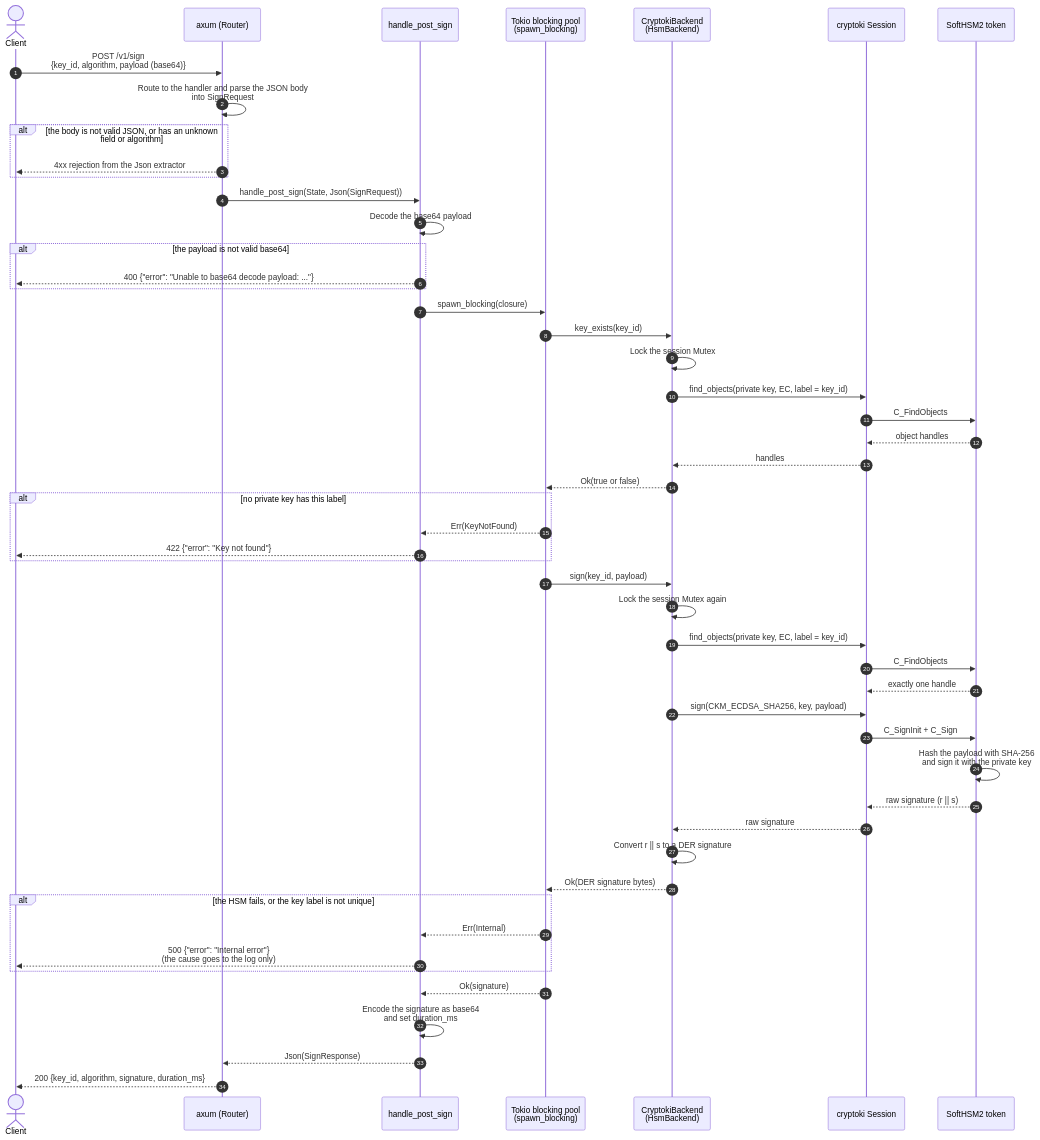
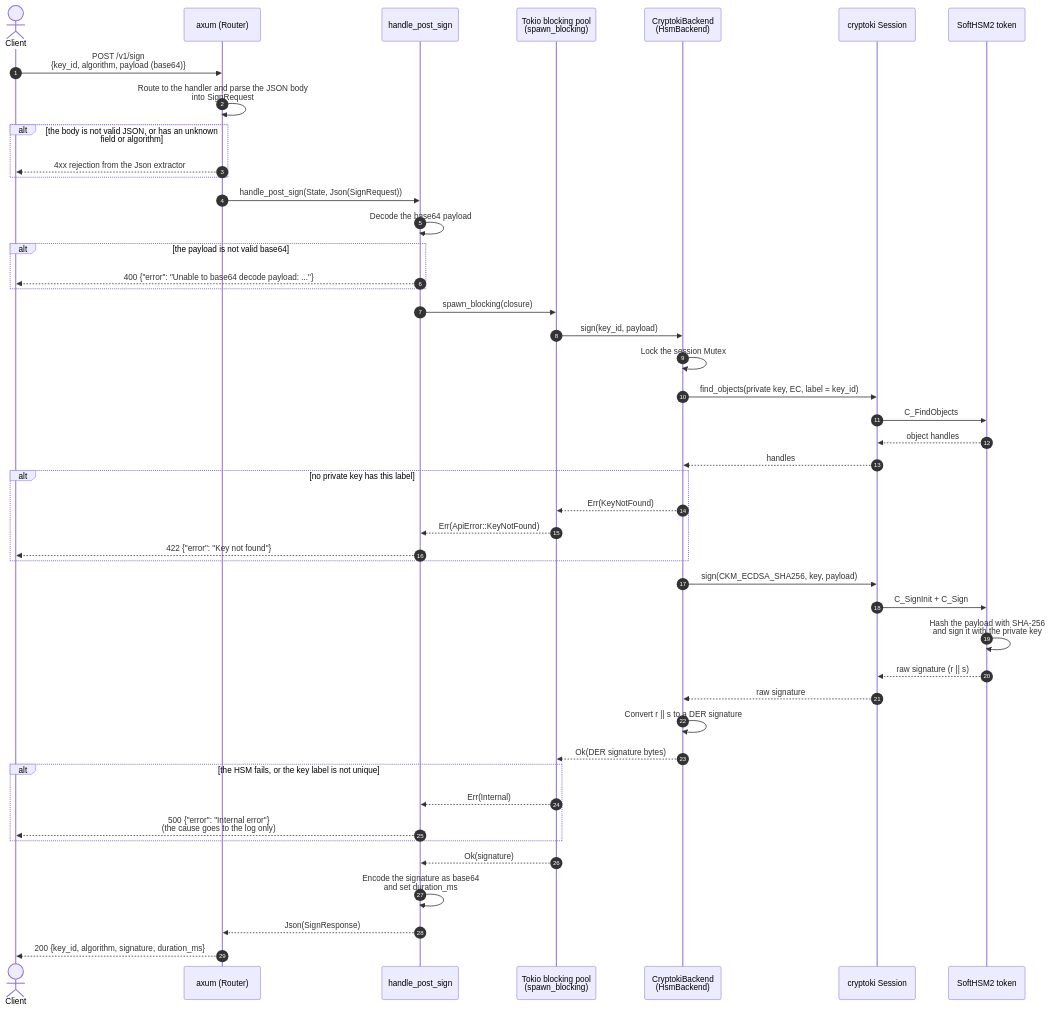
One commit to aisrael/hsm-signing-service changed the second of 2 diagrams in docs/call_flow.md. Above: the diagram before and after it, drawn with Mermaid. The commit also changed other lines of this file and 2 other files, not shown here.

Commit message:
Remove unnecessary `key_exists?` check

````diff
--- a/docs/call_flow.md
+++ b/docs/call_flow.md
@@ -47,54 +47,49 @@
 ```mermaid
 sequenceDiagram
     autonumber
     actor Client
     participant Axum as axum (Router)
     participant Handler as handle_post_sign
     participant Pool as Tokio blocking pool<br/>(spawn_blocking)
     participant Backend as CryptokiBackend<br/>(HsmBackend)
     participant Cryptoki as cryptoki Session
     participant HSM as SoftHSM2 token
 
     Client->>Axum: POST /v1/sign<br/>{key_id, algorithm, payload (base64)}
     Axum->>Axum: Route to the handler and parse the JSON body<br/>into SignRequest
     alt the body is not valid JSON, or has an unknown field or algorithm
         Axum-->>Client: 4xx rejection from the Json extractor
     end
     Axum->>Handler: handle_post_sign(State, Json(SignRequest))
     Handler->>Handler: Decode the base64 payload
     alt the payload is not valid base64
         Handler-->>Client: 400 {"error": "Unable to base64 decode payload: ..."}
     end
     Handler->>Pool: spawn_blocking(closure)
-    Pool->>Backend: key_exists(key_id)
+    Pool->>Backend: sign(key_id, payload)
     Backend->>Backend: Lock the session Mutex
     Backend->>Cryptoki: find_objects(private key, EC, label = key_id)
     Cryptoki->>HSM: C_FindObjects
     HSM-->>Cryptoki: object handles
     Cryptoki-->>Backend: handles
-    Backend-->>Pool: Ok(true or false)
     alt no private key has this label
-        Pool-->>Handler: Err(KeyNotFound)
+        Backend-->>Pool: Err(KeyNotFound)
+        Pool-->>Handler: Err(ApiError::KeyNotFound)
         Handler-->>Client: 422 {"error": "Key not found"}
     end
-    Pool->>Backend: sign(key_id, payload)
-    Backend->>Backend: Lock the session Mutex again
-    Backend->>Cryptoki: find_objects(private key, EC, label = key_id)
-    Cryptoki->>HSM: C_FindObjects
-    HSM-->>Cryptoki: exactly one handle
     Backend->>Cryptoki: sign(CKM_ECDSA_SHA256, key, payload)
     Cryptoki->>HSM: C_SignInit + C_Sign
     HSM->>HSM: Hash the payload with SHA-256<br/>and sign it with the private key
     HSM-->>Cryptoki: raw signature (r || s)
     Cryptoki-->>Backend: raw signature
     Backend->>Backend: Convert r || s to a DER signature
     Backend-->>Pool: Ok(DER signature bytes)
     alt the HSM fails, or the key label is not unique
         Pool-->>Handler: Err(Internal)
         Handler-->>Client: 500 {"error": "Internal error"}<br/>(the cause goes to the log only)
     end
     Pool-->>Handler: Ok(signature)
     Handler->>Handler: Encode the signature as base64<br/>and set duration_ms
     Handler-->>Axum: Json(SignResponse)
     Axum-->>Client: 200 {key_id, algorithm, signature, duration_ms}
 ```
````
